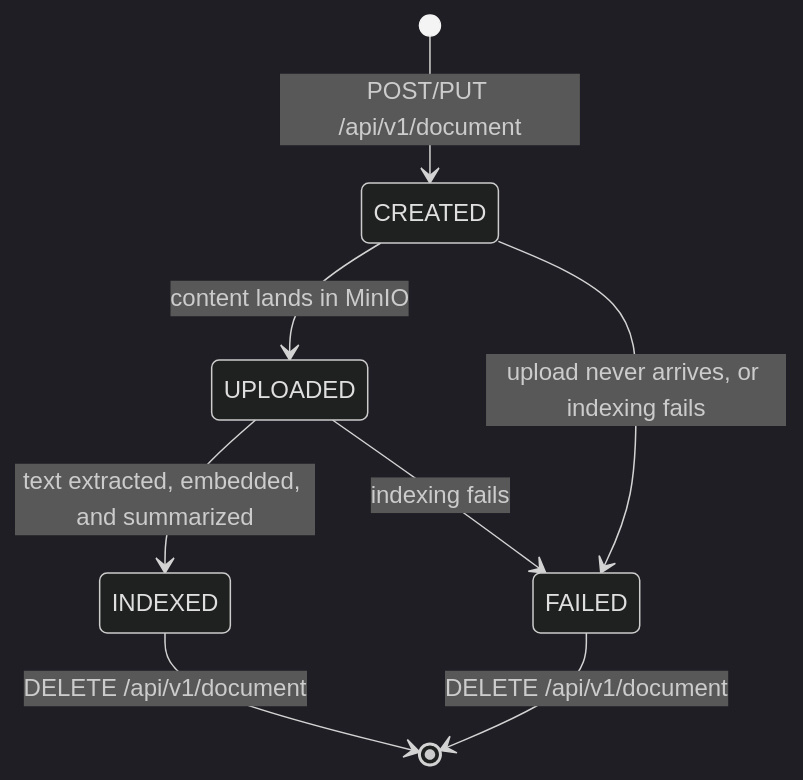
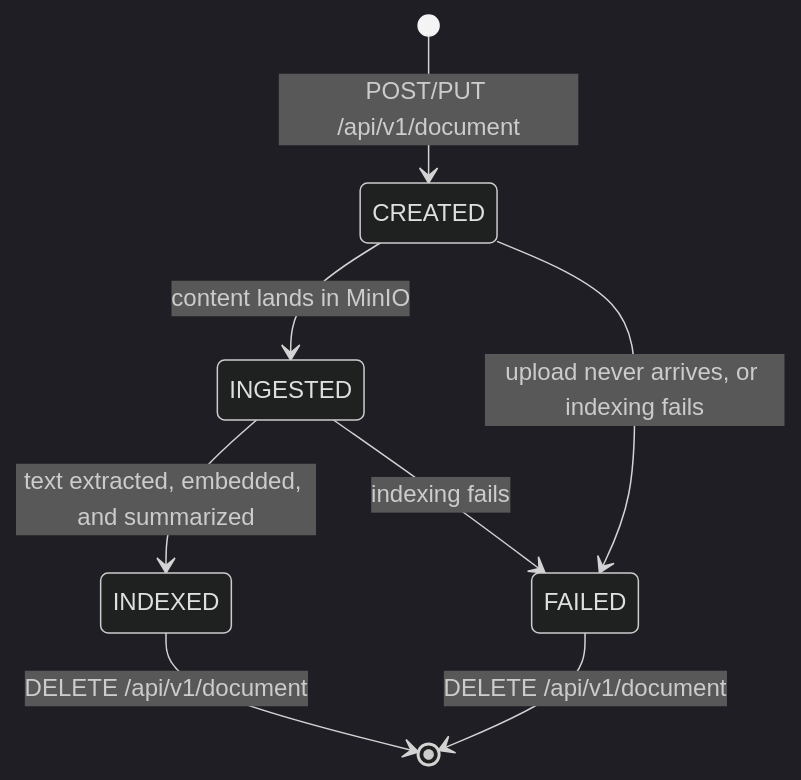
One commit to kamranzafar/docman-ai changed the third of 4 diagrams in docs/ARCHITECTURE.md. Above: the diagram before and after it, drawn with Mermaid (dark theme). The commit also changed other lines of this file and 2 other files, not shown here.

````diff
--- a/docs/ARCHITECTURE.md
+++ b/docs/ARCHITECTURE.md
@@ -79,10 +79,10 @@
 ```mermaid
 stateDiagram-v2
     [*] --> CREATED: POST/PUT /api/v1/document
-    CREATED --> UPLOADED: content lands in MinIO
-    UPLOADED --> INDEXED: text extracted, embedded, and summarized
+    CREATED --> INGESTED: content lands in MinIO
+    INGESTED --> INDEXED: text extracted, embedded, and summarized
     CREATED --> FAILED: upload never arrives, or indexing fails
-    UPLOADED --> FAILED: indexing fails
+    INGESTED --> FAILED: indexing fails
     INDEXED --> [*]: DELETE /api/v1/document
     FAILED --> [*]: DELETE /api/v1/document
 ```
````
